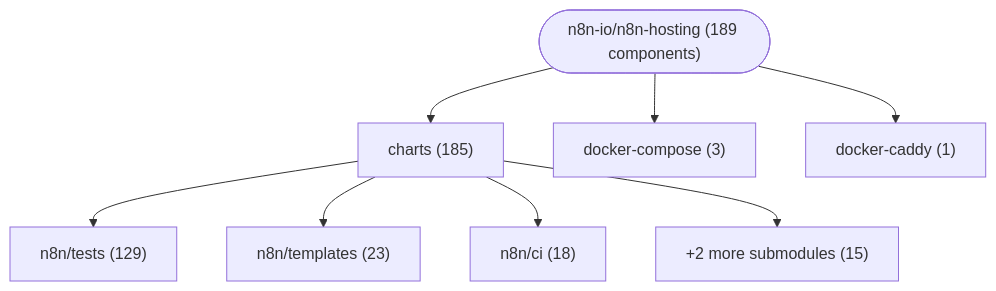
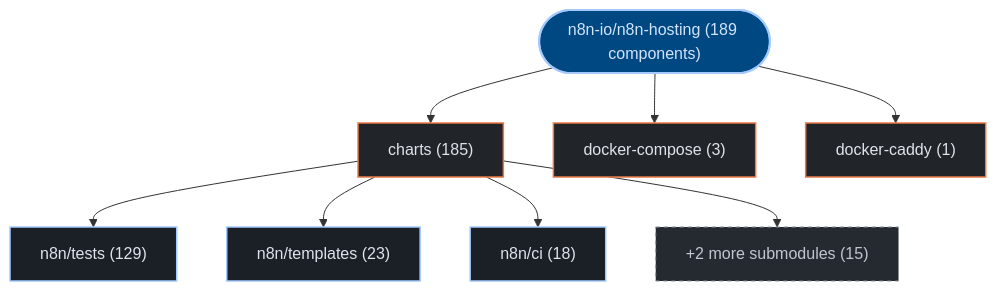
One commit to kumarshaz/atruss-code-atlas changed the first of 3 diagrams in exports/latest/reports/n8n-io-n8n-hosting-report.md. Above: the diagram before and after it, drawn with Mermaid. The commit also changed other lines of this file and 331 other files, not shown here.

Commit message:
docs,ui,fix: update SDLC docs, reorder CI/CD DAG first, stylize Mermaid, and fix Arc42 pipeline topology

````diff
--- a/exports/latest/reports/n8n-io-n8n-hosting-report.md
+++ b/exports/latest/reports/n8n-io-n8n-hosting-report.md
@@ -42,18 +42,25 @@
 ```mermaid
 graph TD;
-    repo_root(["n8n-io/n8n-hosting (189 components)"])
-    dir_0_charts["charts (185)"]
+  classDef atlasRoot fill:#004882,stroke:#a3c9ff,stroke-width:2px,color:#d3e4ff
+  classDef atlasCategory fill:#212428,stroke:#E87A48,stroke-width:1.5px,color:#dfe3eb
+  classDef atlasWorkflow fill:#1b2026,stroke:#a3c9ff,stroke-width:1.5px,color:#dfe3eb
+  classDef atlasJob fill:#171c22,stroke:#8d9199,stroke-width:1px,color:#dfe3eb
+  classDef atlasTarget fill:#005227,stroke:#8bd99b,stroke-width:1.5px,color:#a7f6b6
+  classDef atlasAlert fill:#93000a,stroke:#ffb4ab,stroke-width:1.5px,color:#ffdad6
+  classDef atlasMore fill:#252a31,stroke:#8d9199,stroke-dasharray:4 4,color:#c3c6cf
+    repo_root(["n8n-io/n8n-hosting (189 components)"]):::atlasRoot
+    dir_0_charts["charts (185)"]:::atlasCategory
     repo_root --> dir_0_charts
-    sub_0_0_n8n_tests["n8n/tests (129)"]
+    sub_0_0_n8n_tests["n8n/tests (129)"]:::atlasWorkflow
     dir_0_charts --> sub_0_0_n8n_tests
-    sub_0_1_n8n_templates["n8n/templates (23)"]
+    sub_0_1_n8n_templates["n8n/templates (23)"]:::atlasWorkflow
     dir_0_charts --> sub_0_1_n8n_templates
-    sub_0_2_n8n_ci["n8n/ci (18)"]
+    sub_0_2_n8n_ci["n8n/ci (18)"]:::atlasWorkflow
     dir_0_charts --> sub_0_2_n8n_ci
-    sub_0_more["+2 more submodules (15)"]
+    sub_0_more["+2 more submodules (15)"]:::atlasMore
     dir_0_charts --> sub_0_more
-    dir_1_docker_compose["docker-compose (3)"]
+    dir_1_docker_compose["docker-compose (3)"]:::atlasCategory
     repo_root --> dir_1_docker_compose
-    dir_2_docker_caddy["docker-caddy (1)"]
+    dir_2_docker_caddy["docker-caddy (1)"]:::atlasCategory
     repo_root --> dir_2_docker_caddy
 ```
````
